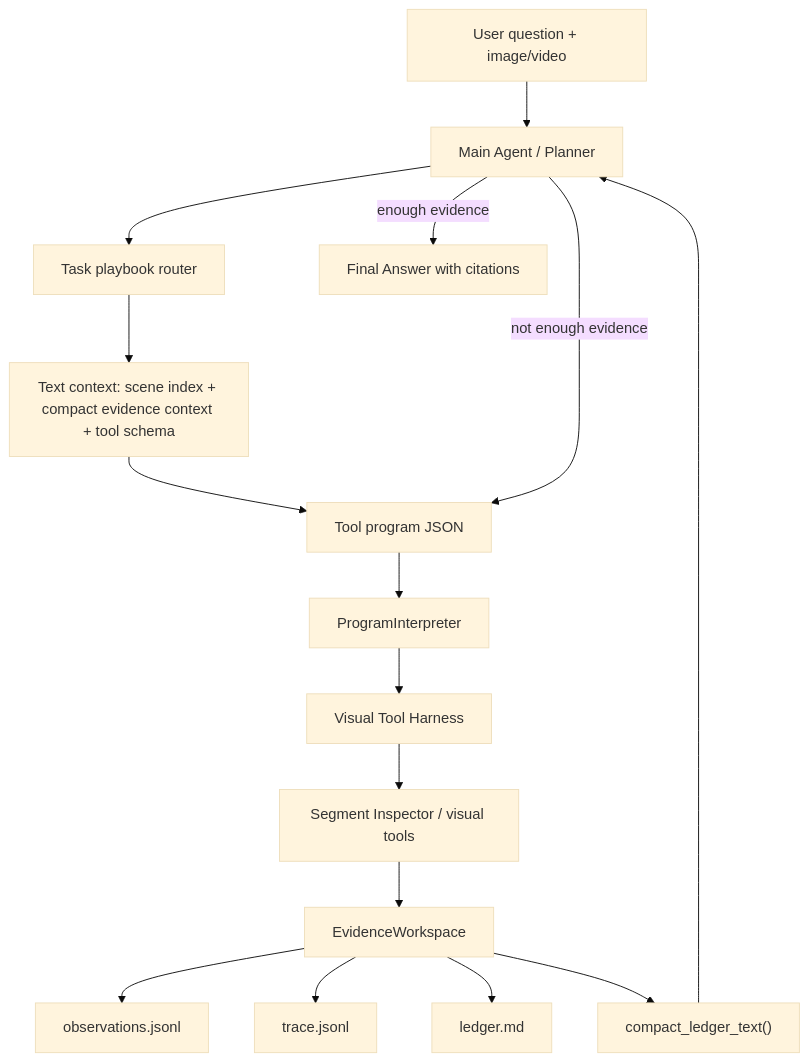
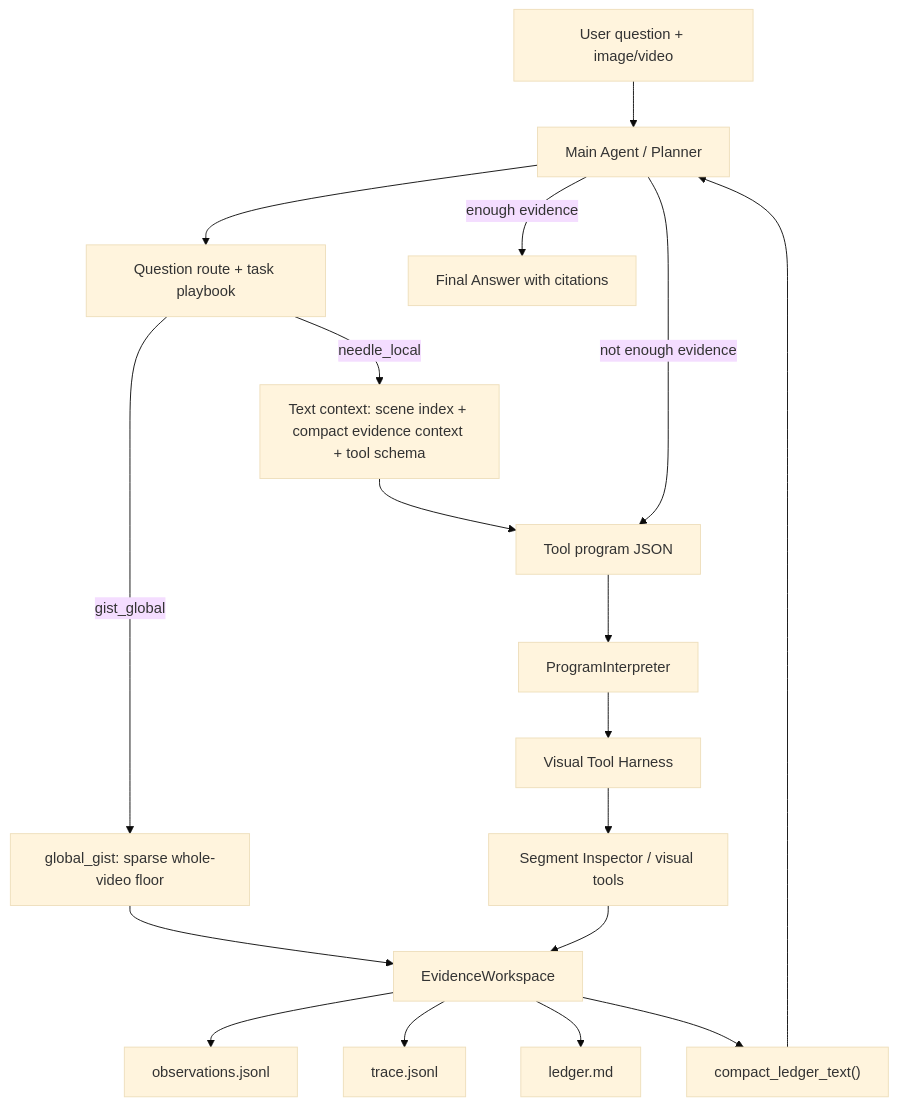
The first of 2 diagrams in docs/2026-06-03-flow-context-management-design.zh.md (lostgreen/visual-coding-agent-harness), drawn with Mermaid (base theme) before and after one commit. The commit also changed other lines of this file and 28 other files, not shown here.

````diff
--- a/docs/2026-06-03-flow-context-management-design.zh.md
+++ b/docs/2026-06-03-flow-context-management-design.zh.md
@@ -25,18 +25,20 @@
 ```mermaid
 flowchart TD
     U["User question + image/video"] --> A["Main Agent / Planner"]
-    A --> PB["Task playbook router"]
-    PB --> P["Text context: scene index + compact evidence context + tool schema"]
+    A --> PB["Question route + task playbook"]
+    PB -->|gist_global| G["global_gist: sparse whole-video floor"]
+    G --> W["EvidenceWorkspace"]
+    PB -->|needle_local| P["Text context: scene index + compact evidence context + tool schema"]
     P --> T["Tool program JSON"]
     T --> I["ProgramInterpreter"]
     I --> H["Visual Tool Harness"]
     H --> S["Segment Inspector / visual tools"]
-    S --> W["EvidenceWorkspace"]
+    S --> W
     W --> O["observations.jsonl"]
     W --> Tr["trace.jsonl"]
     W --> L["ledger.md"]
     W --> C["compact_ledger_text()"]
     C --> A
     A -->|enough evidence| Ans["Final Answer with citations"]
     A -->|not enough evidence| T
 ```
````
